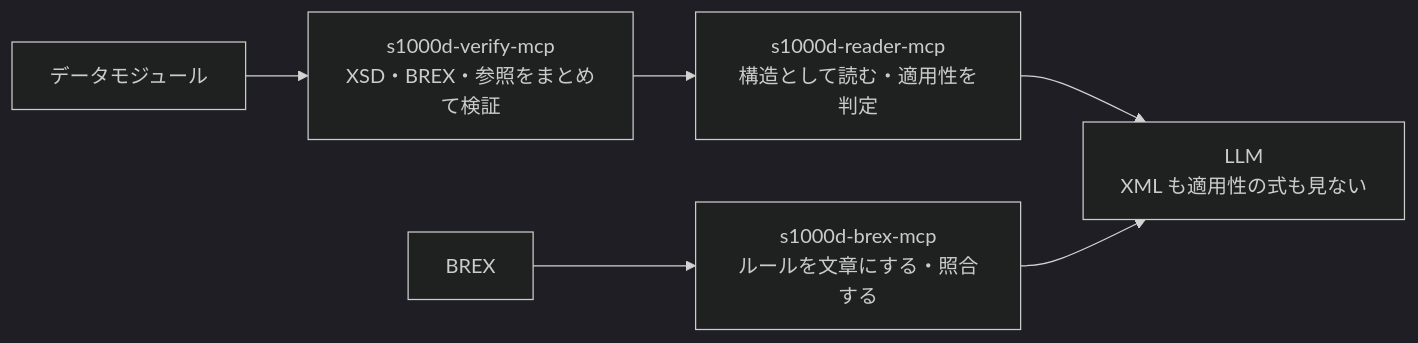
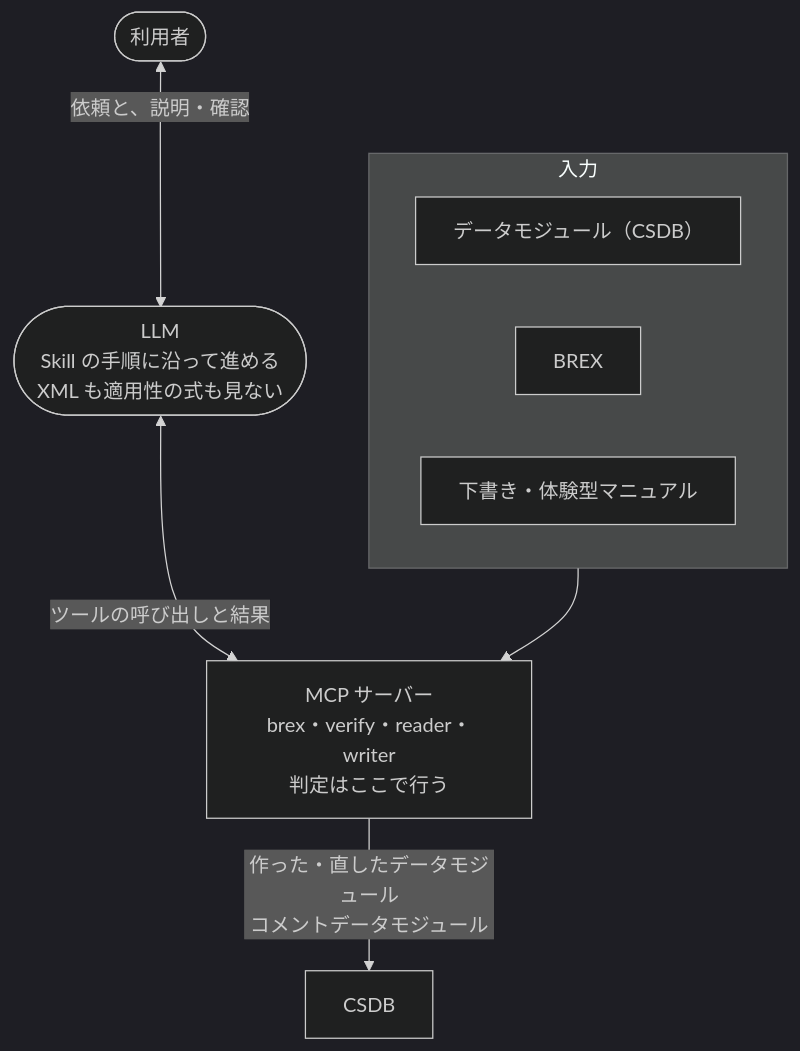
Before and after one commit to shuji-bonji/s1000d-stack: the diagram in site/src/content/docs/ja/guide/overview.md, drawn with Mermaid (dark theme). The commit also changed other lines of this file and 29 other files, not shown here.

````diff
--- a/site/src/content/docs/ja/guide/overview.md
+++ b/site/src/content/docs/ja/guide/overview.md
@@ -18,8 +21,13 @@
 ```mermaid
-flowchart LR
-  BX["BREX"] --> B["s1000d-brex-mcp<br/>ルールを文章にする・照合する"]
-  DM["データモジュール"] --> V["s1000d-verify-mcp<br/>XSD・BREX・参照をまとめて検証"]
-  V --> R["s1000d-reader-mcp<br/>構造として読む・適用性を判定"]
-  R --> LLM["LLM<br/>XML も適用性の式も見ない"]
-  B --> LLM
+flowchart TB
+  U(["利用者"]) <-->|依頼と、説明・確認| LLM(["LLM<br/>Skill の手順に沿って進める<br/>XML も適用性の式も見ない"])
+  LLM <-->|ツールの呼び出しと結果| MCP["MCP サーバー<br/>brex・verify・reader・writer<br/>判定はここで行う"]
+  subgraph In["入力"]
+    direction LR
+    DM["データモジュール（CSDB）"]
+    BX["BREX"]
+    DR["下書き・体験型マニュアル"]
+  end
+  In --> MCP
+  MCP -->|作った・直したデータモジュール<br/>コメントデータモジュール| OUT["CSDB"]
 ```
````
